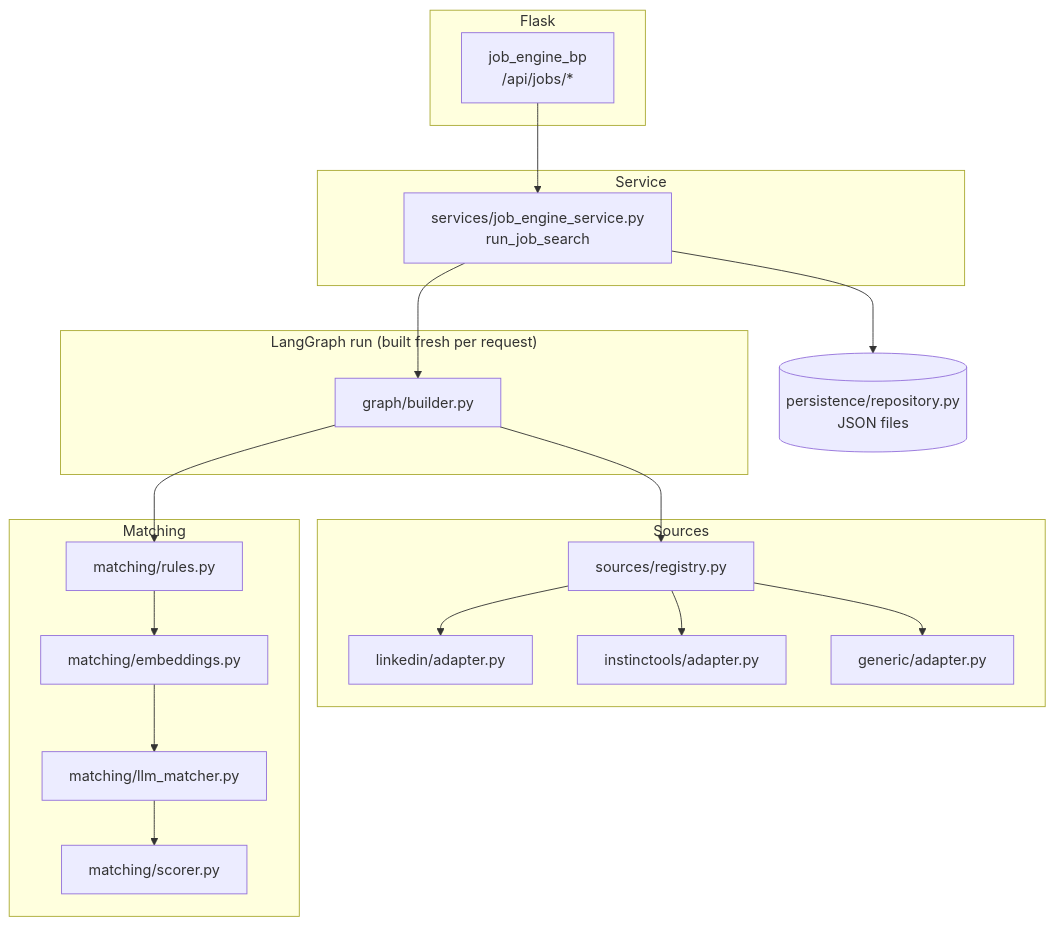
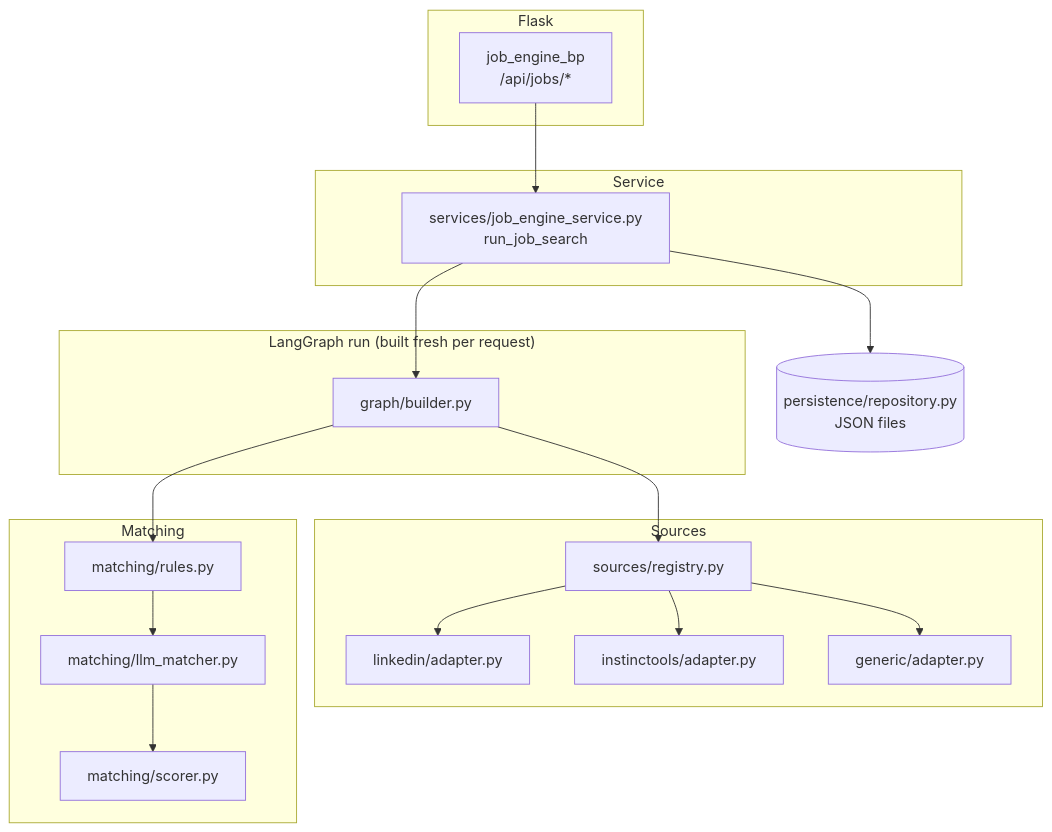
The first of 4 diagrams in docs/job_engine/ARCHITECTURE.md (virender965532/Virender_AI_Hub), drawn with Mermaid before and after one commit. The commit also changed other lines of this file and 56 other files, not shown here.

````diff
--- a/docs/job_engine/ARCHITECTURE.md
+++ b/docs/job_engine/ARCHITECTURE.md
@@ -5,31 +5,30 @@
 ```mermaid
 flowchart TB
     subgraph Flask
         API[job_engine_bp\n/api/jobs/*]
     end
     subgraph Service
         SVC[services/job_engine_service.py\nrun_job_search]
     end
     subgraph LangGraph["LangGraph run (built fresh per request)"]
         G[graph/builder.py]
     end
     subgraph Sources
         REG[sources/registry.py]
         LI[linkedin/adapter.py]
         IT[instinctools/adapter.py]
         GEN[generic/adapter.py]
     end
     subgraph Matching
         RULES[matching/rules.py]
-        EMB[matching/embeddings.py]
         LLM[matching/llm_matcher.py]
         SCORER[matching/scorer.py]
     end
     PERSIST[(persistence/repository.py\nJSON files)]
 
     API --> SVC --> G
     G --> REG
     REG --> LI & IT & GEN
-    G --> RULES --> EMB --> LLM --> SCORER
+    G --> RULES --> LLM --> SCORER
     SVC --> PERSIST
 ```
````
